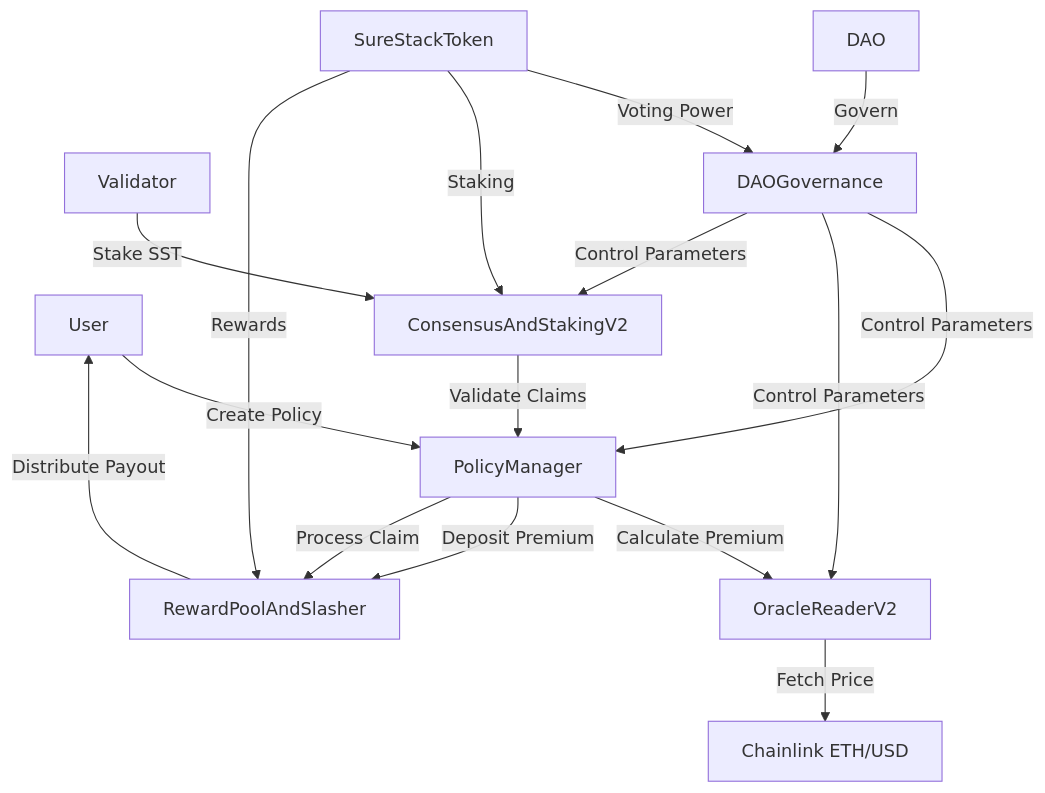
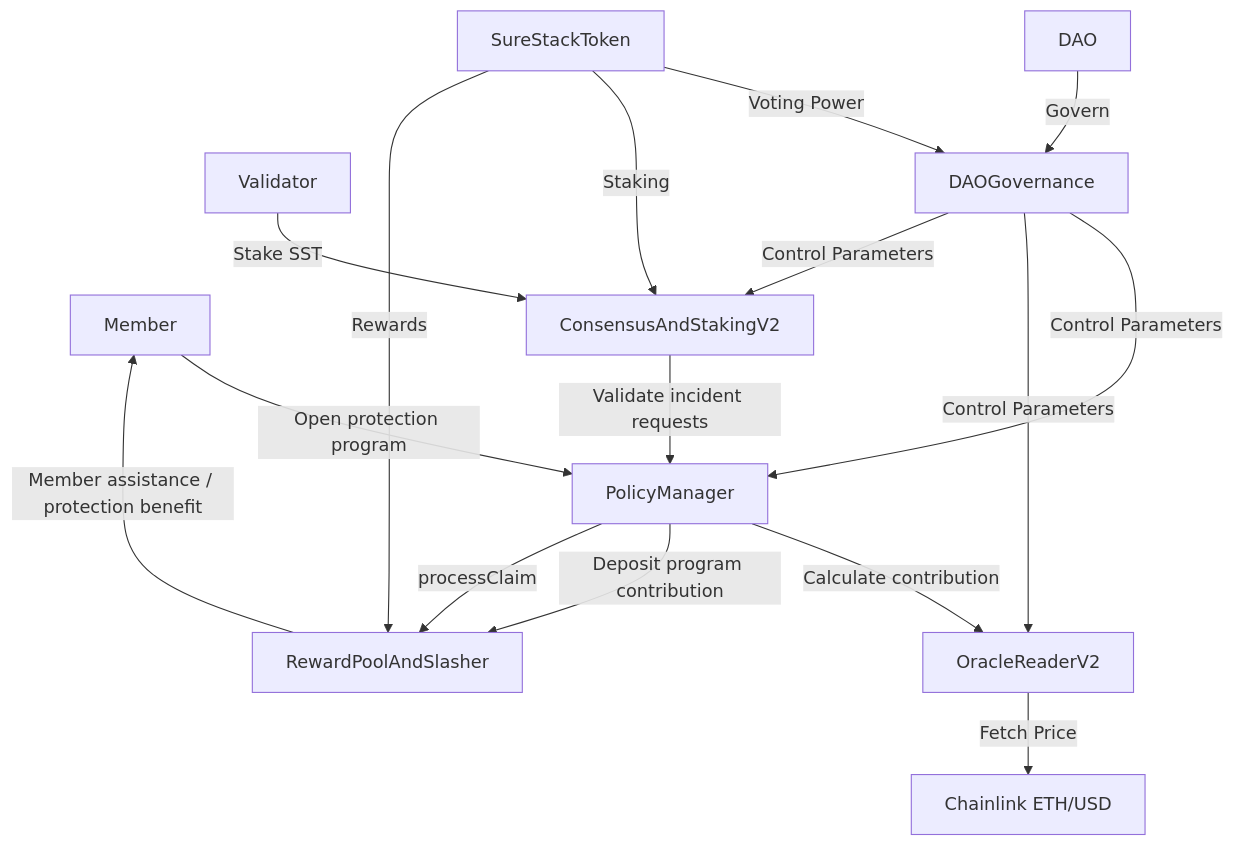
The diagram in docs/SURESTACK_PROTOCOL_WHITEPAPER.md (SureStack-Technology/surestack-protocol-frontend), drawn with Mermaid before and after one commit. The commit also changed other lines of this file and 127 other files, not shown here.

````diff
--- a/docs/SURESTACK_PROTOCOL_WHITEPAPER.md
+++ b/docs/SURESTACK_PROTOCOL_WHITEPAPER.md
@@ -136,18 +146,18 @@
 ```mermaid
 graph TB
-    A[User] -->|Create Policy| B[PolicyManager]
-    B -->|Calculate Premium| C[OracleReaderV2]
+    A[Member] -->|Open protection program| B[PolicyManager]
+    B -->|Calculate contribution| C[OracleReaderV2]
     C -->|Fetch Price| D[Chainlink ETH/USD]
-    B -->|Deposit Premium| E[RewardPoolAndSlasher]
+    B -->|Deposit program contribution| E[RewardPoolAndSlasher]
     F[Validator] -->|Stake SST| G[ConsensusAndStakingV2]
-    G -->|Validate Claims| B
-    B -->|Process Claim| E
-    E -->|Distribute Payout| A
+    G -->|Validate incident requests| B
+    B -->|processClaim| E
+    E -->|Member assistance / protection benefit| A
     H[DAO] -->|Govern| I[DAOGovernance]
     I -->|Control Parameters| B
     I -->|Control Parameters| C
     I -->|Control Parameters| G
     J[SureStackToken] -->|Voting Power| I
     J -->|Staking| G
     J -->|Rewards| E
 ```
````
